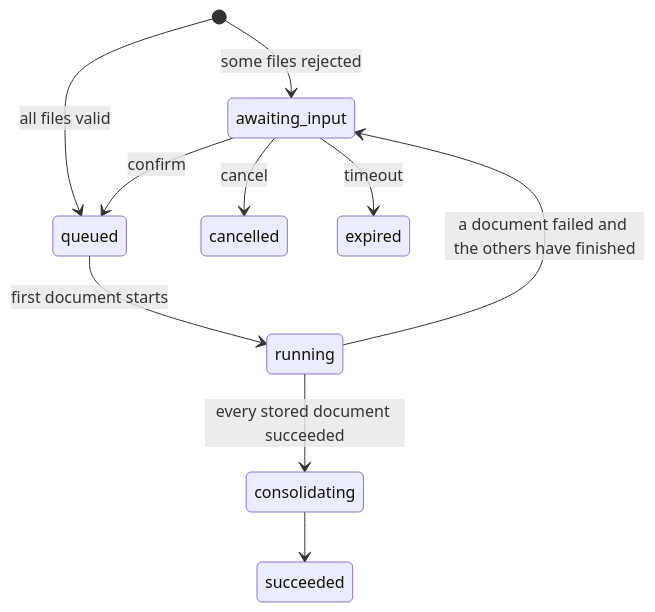
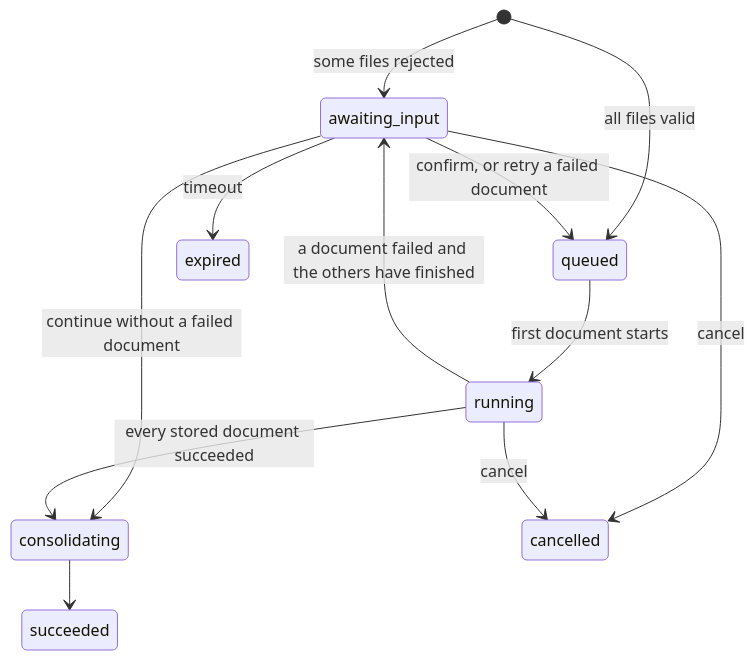
Diagram 11 of 13 in context/architecture.md (nc1z/doc-insight), drawn with Mermaid before and after one commit. The commit also changed other lines of this file and 15 other files, not shown here.

````diff
--- a/context/architecture.md
+++ b/context/architecture.md
@@ -282,12 +282,14 @@
 ```mermaid
 stateDiagram-v2
     [*] --> awaiting_input: some files rejected
     [*] --> queued: all files valid
-    awaiting_input --> queued: confirm
+    awaiting_input --> queued: confirm, or retry a failed document
+    awaiting_input --> consolidating: continue without a failed document
     awaiting_input --> cancelled: cancel
     awaiting_input --> expired: timeout
     queued --> running: first document starts
     running --> consolidating: every stored document succeeded
     running --> awaiting_input: a document failed and the others have finished
+    running --> cancelled: cancel
     consolidating --> succeeded
 ```
````
